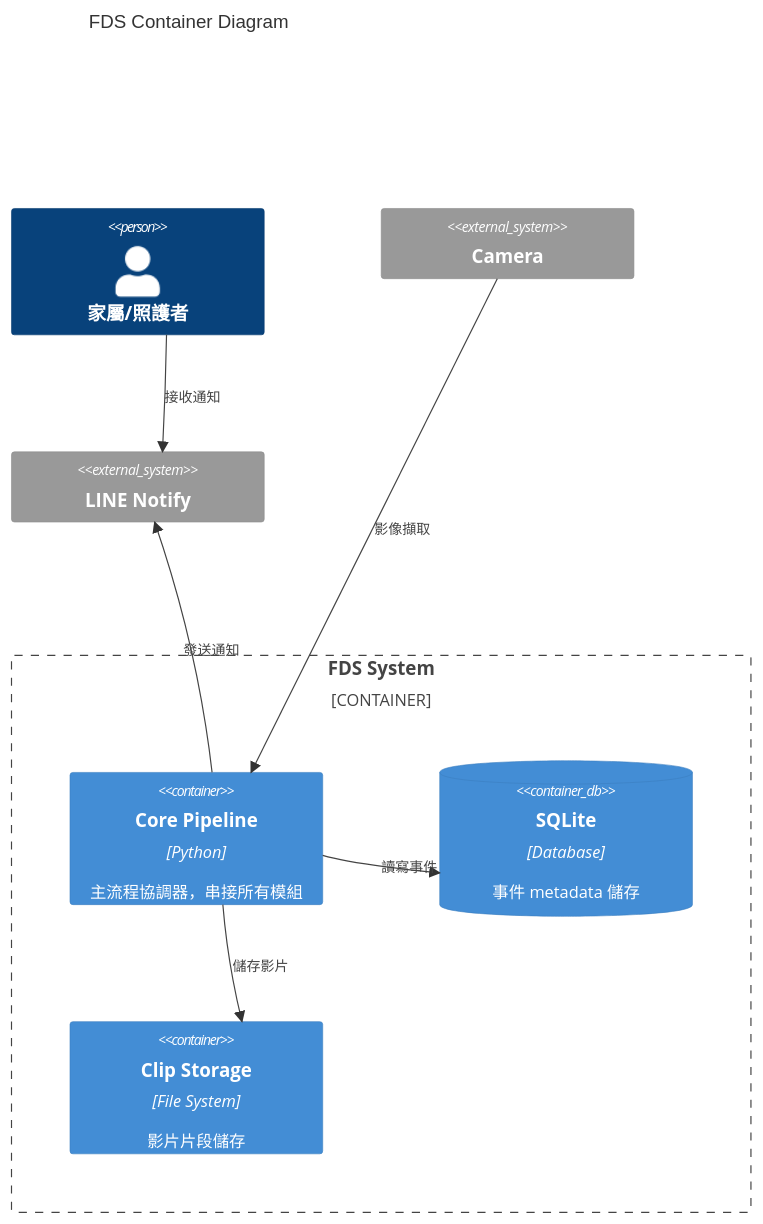
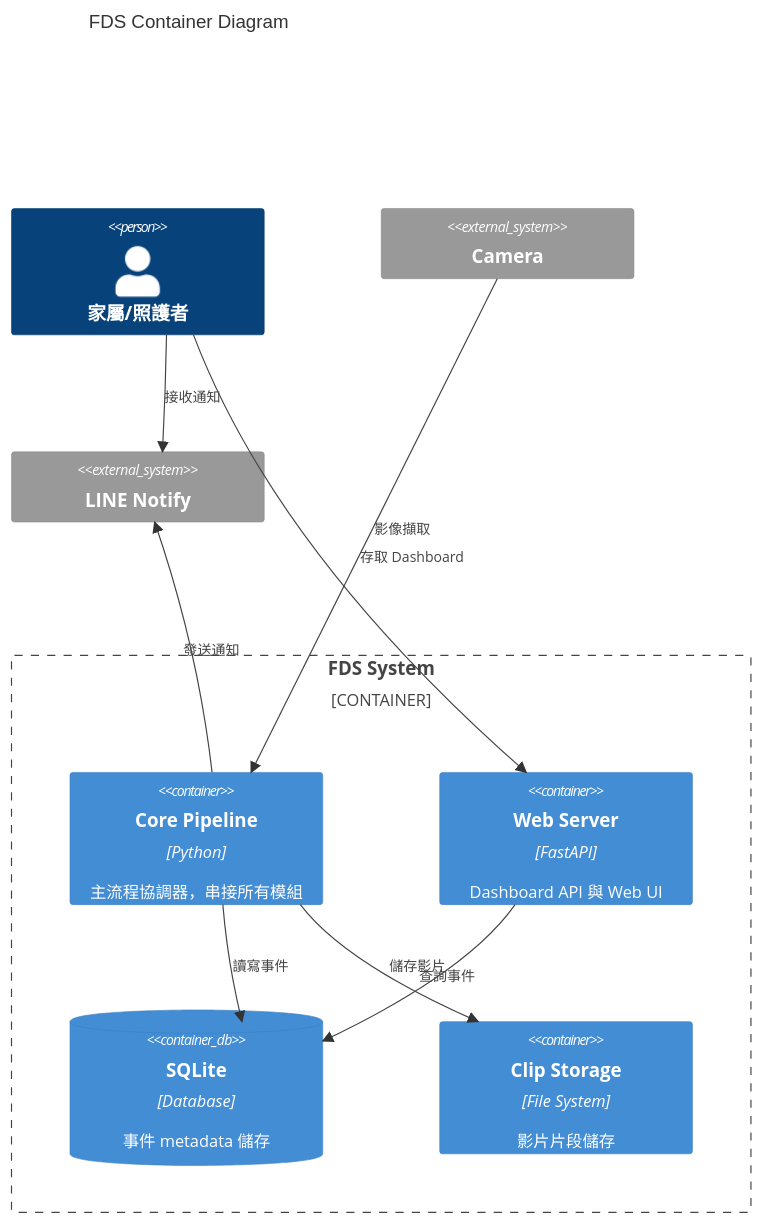
One commit to kionce57/FDS changed the fourth of 10 diagrams in docs/ARCHITECTURE.md. Above: the diagram before and after it, drawn with Mermaid. The commit also changed other lines of this file and 4 other files, not shown here.

First line of the commit message:
docs: add dual-pipeline architecture and future design drafts

````diff
--- a/docs/ARCHITECTURE.md
+++ b/docs/ARCHITECTURE.md
@@ -62,21 +244,24 @@
 ```mermaid
 C4Container
     title FDS Container Diagram
 
     Person(user, "家屬/照護者")
 
     Container_Boundary(fds, "FDS System") {
         Container(core, "Core Pipeline", "Python", "主流程協調器，串接所有模組")
+        Container(web, "Web Server", "FastAPI", "Dashboard API 與 Web UI")
         ContainerDb(sqlite, "SQLite", "Database", "事件 metadata 儲存")
         Container(clips, "Clip Storage", "File System", "影片片段儲存")
     }
 
     System_Ext(camera, "Camera")
     System_Ext(line, "LINE Notify")
 
     Rel(camera, core, "影像擷取")
     Rel(core, sqlite, "讀寫事件")
     Rel(core, clips, "儲存影片")
     Rel(core, line, "發送通知")
+    Rel(web, sqlite, "查詢事件")
+    Rel(user, web, "存取 Dashboard")
     Rel(user, line, "接收通知")
 ```
````
